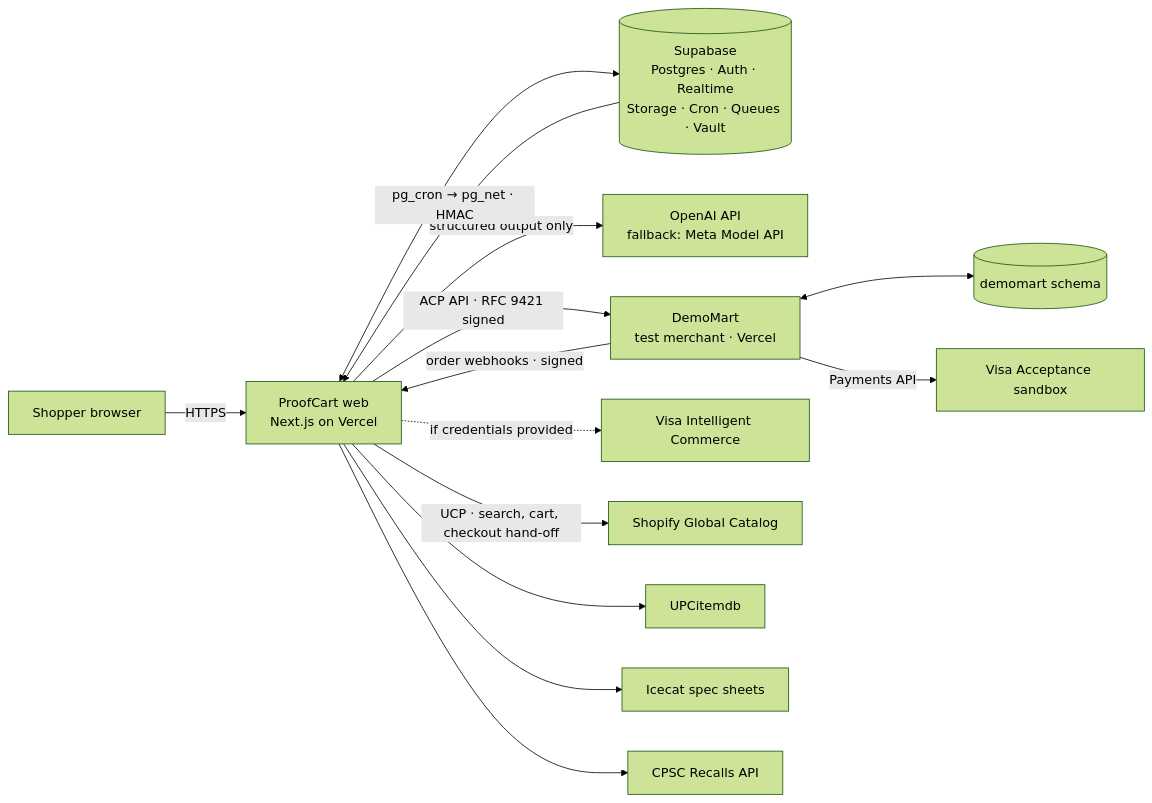
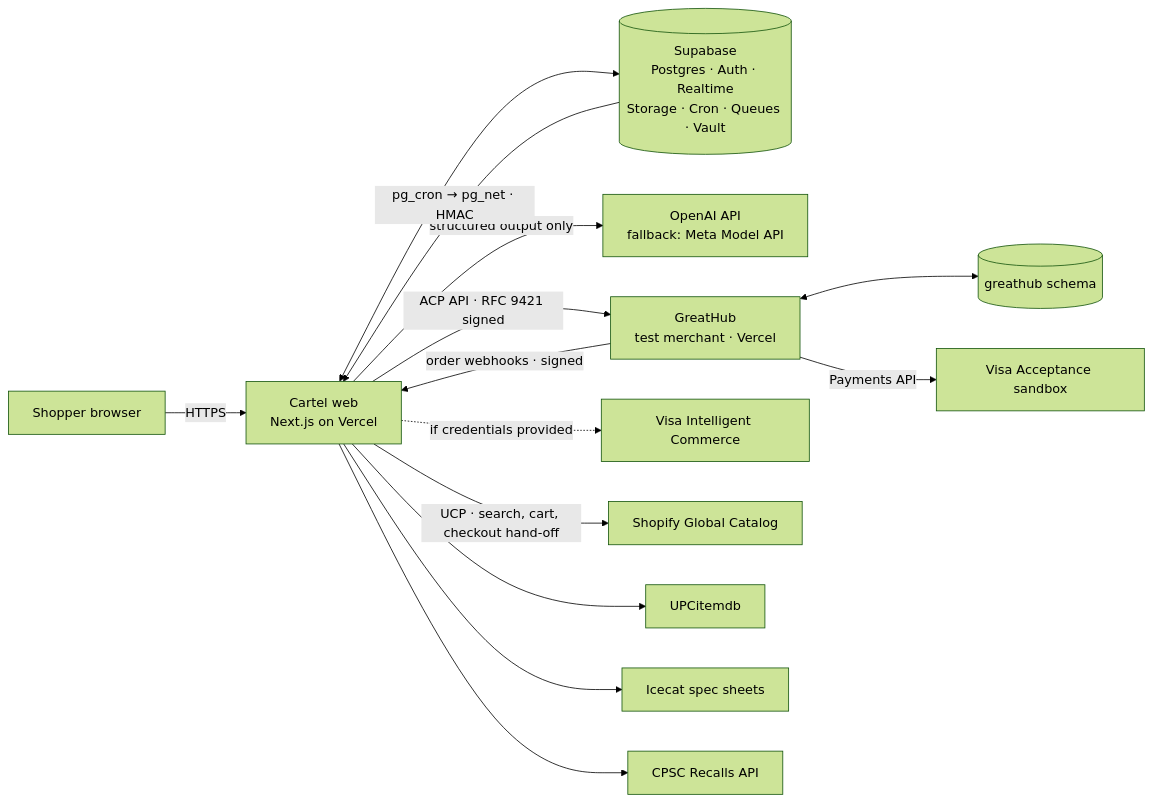
One commit to ItsHariii/HackGt13 changed the first of 5 diagrams in docs/SDD.md. Above: the diagram before and after it, drawn with Mermaid (forest theme). The commit also changed other lines of this file and 313 other files, not shown here.

First line of the commit message:
Rename ProofCart to Cartel and DemoMart to GreatHub

````diff
--- a/docs/SDD.md
+++ b/docs/SDD.md
@@ -197,16 +197,16 @@
 ```mermaid
 flowchart LR
-  U[Shopper browser] -->|HTTPS| W[ProofCart web<br/>Next.js on Vercel]
+  U[Shopper browser] -->|HTTPS| W[Cartel web<br/>Next.js on Vercel]
   W <--> SB[(Supabase<br/>Postgres · Auth · Realtime<br/>Storage · Cron · Queues · Vault)]
   W -->|structured output only| AI[OpenAI API<br/>fallback: Meta Model API]
-  W -->|ACP API · RFC 9421 signed| DM[DemoMart<br/>test merchant · Vercel]
-  DM <--> SBD[(demomart schema)]
+  W -->|ACP API · RFC 9421 signed| DM[GreatHub<br/>test merchant · Vercel]
+  DM <--> SBD[(greathub schema)]
   DM -->|Payments API| VA[Visa Acceptance sandbox]
   W -.->|if credentials provided| VIC[Visa Intelligent Commerce]
   W -->|UCP · search, cart, checkout hand-off| SH[Shopify Global Catalog]
   W --> UP[UPCitemdb]
   W --> IC[Icecat spec sheets]
   W --> CP[CPSC Recalls API]
   SB -->|pg_cron → pg_net · HMAC| W
   DM -->|order webhooks · signed| W
 ```
````
